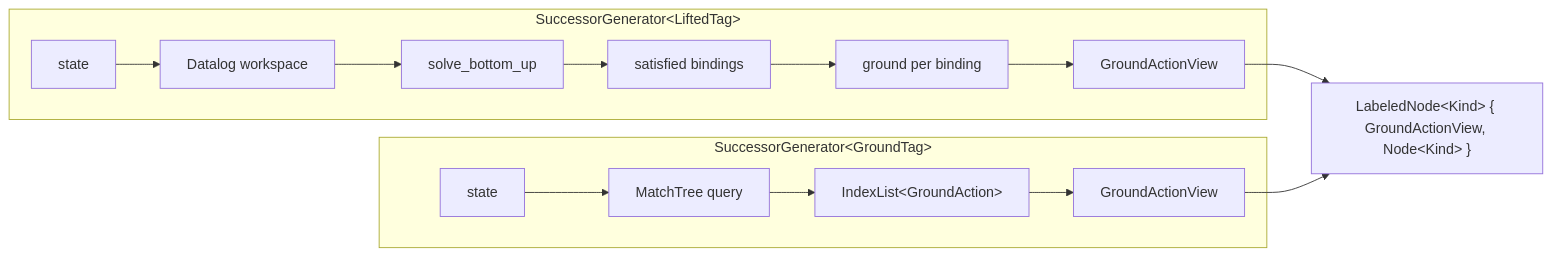
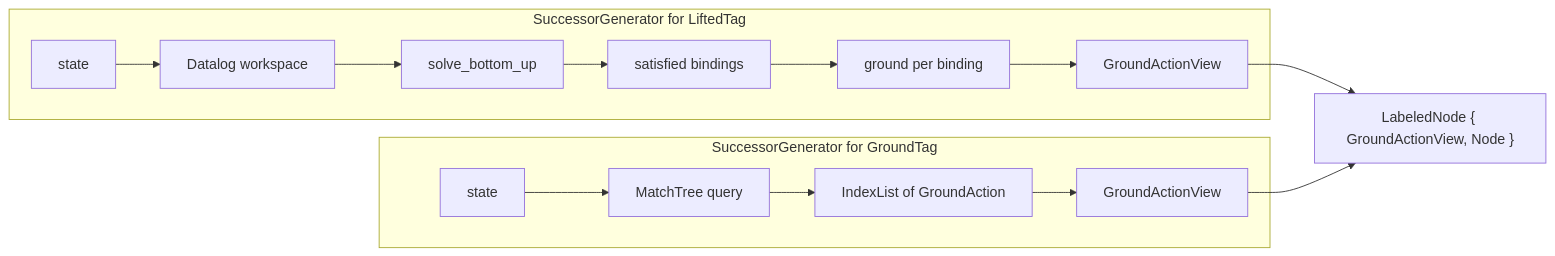
Before and after one commit to mrlab-ai/Tyr-lifted-pdb: the diagram in docs/design/successor-generation.md, drawn with Mermaid. The commit also changed 2 other files, not shown here.

Commit message:
fix mermaid: drop HTML-escaped angle brackets that broke GitHub rendering

````diff
--- a/docs/design/successor-generation.md
+++ b/docs/design/successor-generation.md
@@ -13,17 +13,17 @@
 ```mermaid
 graph LR
-  subgraph LiftedSG["SuccessorGenerator&lt;LiftedTag&gt;"]
+  subgraph LiftedSG["SuccessorGenerator for LiftedTag"]
     LS[state] --> LW[Datalog workspace]
     LW --> LBU[solve_bottom_up]
     LBU --> LB[satisfied bindings]
     LB --> LG[ground per binding]
     LG --> LV[GroundActionView]
   end
-  subgraph GroundSG["SuccessorGenerator&lt;GroundTag&gt;"]
+  subgraph GroundSG["SuccessorGenerator for GroundTag"]
     GS[state] --> GMT[MatchTree query]
-    GMT --> GL[IndexList&lt;GroundAction&gt;]
+    GMT --> GL[IndexList of GroundAction]
     GL --> GV[GroundActionView]
   end
-  LV --> LN["LabeledNode&lt;Kind&gt; { GroundActionView, Node&lt;Kind&gt; }"]
+  LV --> LN["LabeledNode { GroundActionView, Node }"]
   GV --> LN
 ```
````
